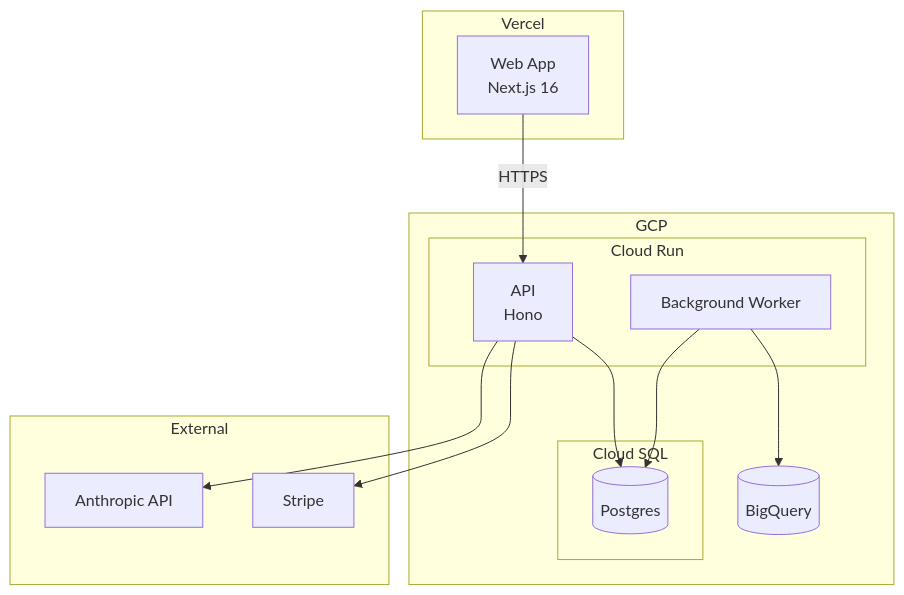
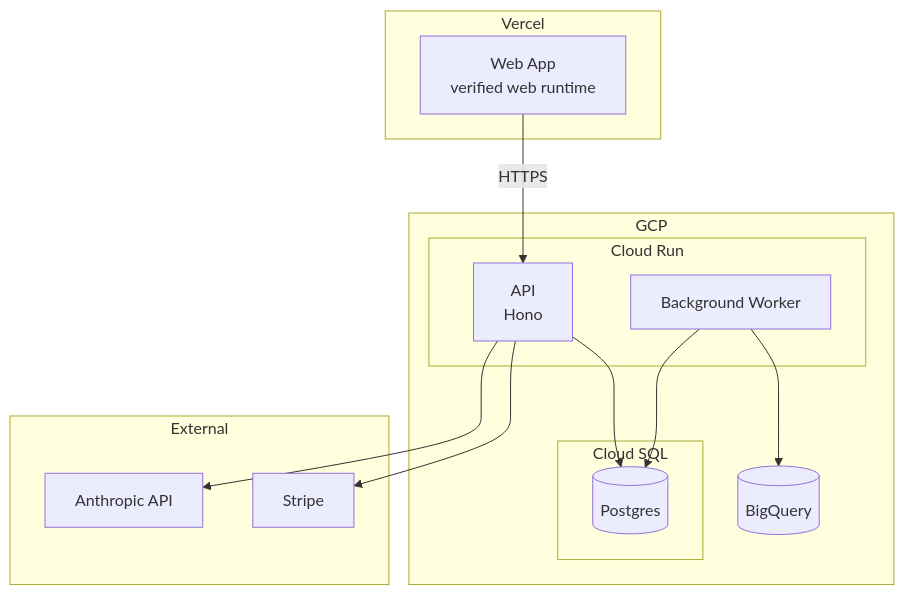
Before and after one commit to efeoncepro/greenhouse-eo: the seventh of 7 diagrams in .codex/skills/software-architect-2026/templates/c4-mermaid.md, drawn with Mermaid. The commit also changed other lines of this file and 54 other files, not shown here.

Commit message:
feat: harden software architecture skill

````diff
--- a/.codex/skills/software-architect-2026/templates/c4-mermaid.md
+++ b/.codex/skills/software-architect-2026/templates/c4-mermaid.md
@@ -189,29 +203,29 @@
 ```mermaid
 flowchart TB
     subgraph Vercel
-        web_prod[Web App<br/>Next.js 16]
+        web_prod[Web App<br/>verified web runtime]
     end
 
     subgraph GCP
         subgraph cloudrun[Cloud Run]
             api[API<br/>Hono]
             worker[Background Worker]
         end
         subgraph cloudsql[Cloud SQL]
             db[(Postgres)]
         end
         bq[(BigQuery)]
     end
 
     subgraph External
         anthropic[Anthropic API]
         stripe[Stripe]
     end
 
     web_prod -->|HTTPS| api
     api --> db
     api --> anthropic
     api --> stripe
     worker --> db
     worker --> bq
 ```
````
